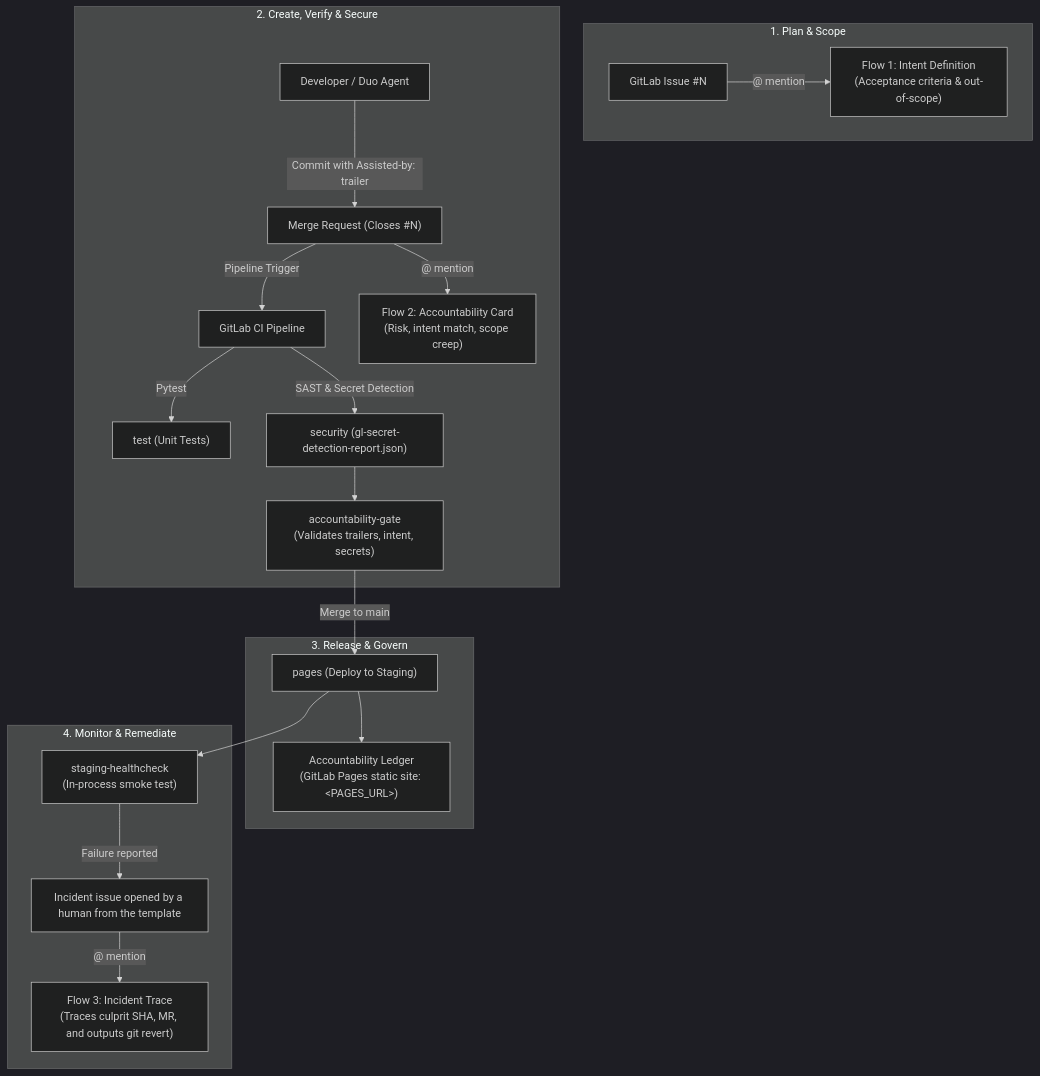
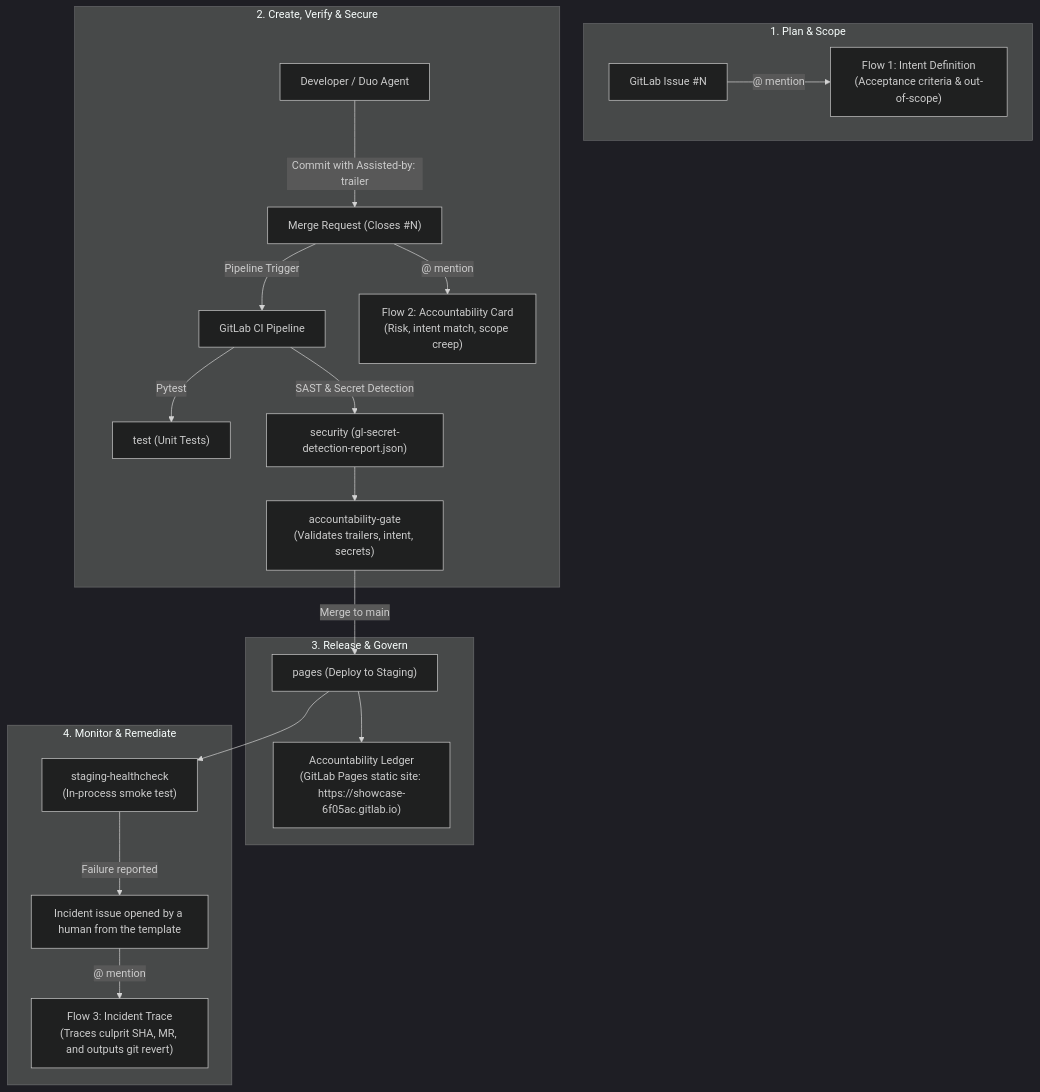
One commit to ritesh-1912/Gitlab-Hackathon changed the diagram in README.md. Above: the diagram before and after it, drawn with Mermaid (dark theme). The commit also changed other lines of this file and 7 other files, not shown here.

````diff
--- a/README.md
+++ b/README.md
@@ -35,26 +54,26 @@
 ```mermaid
 flowchart TD
     subgraph Plan["1. Plan & Scope"]
         Issue["GitLab Issue #N"] -->|"@<intent-flow-handle> mention"| Flow1["Flow 1: Intent Definition<br/>(Acceptance criteria & out-of-scope)"]
     end
 
     subgraph CreateVerify["2. Create, Verify & Secure"]
         Dev["Developer / Duo Agent"] -->|"Commit with Assisted-by: trailer"| MR["Merge Request (Closes #N)"]
         MR -->|"Pipeline Trigger"| CI["GitLab CI Pipeline"]
         CI -->|"Pytest"| TestJob["test (Unit Tests)"]
         CI -->|"SAST & Secret Detection"| SecJob["security (gl-secret-detection-report.json)"]
         SecJob --> GateJob["accountability-gate<br/>(Validates trailers, intent, secrets)"]
         MR -->|"@<card-flow-handle> mention"| Flow2["Flow 2: Accountability Card<br/>(Risk, intent match, scope creep)"]
     end
 
     subgraph ReleaseGovern["3. Release & Govern"]
         GateJob -->|"Merge to main"| DeployJob["pages (Deploy to Staging)"]
-        DeployJob --> Ledger["Accountability Ledger<br/>(GitLab Pages static site: &lt;PAGES_URL&gt;)"]
+        DeployJob --> Ledger["Accountability Ledger<br/>(GitLab Pages static site: https://showcase-6f05ac.gitlab.io)"]
     end
 
     subgraph MonitorRemediate["4. Monitor & Remediate"]
         DeployJob --> SmokeJob["staging-healthcheck<br/>(In-process smoke test)"]
         SmokeJob -->|"Failure reported"| IncIssue["Incident issue opened by a human from the template"]
         IncIssue -->|"@<incident-flow-handle> mention"| Flow3["Flow 3: Incident Trace<br/>(Traces culprit SHA, MR, and outputs git revert)"]
     end
 ```
````
